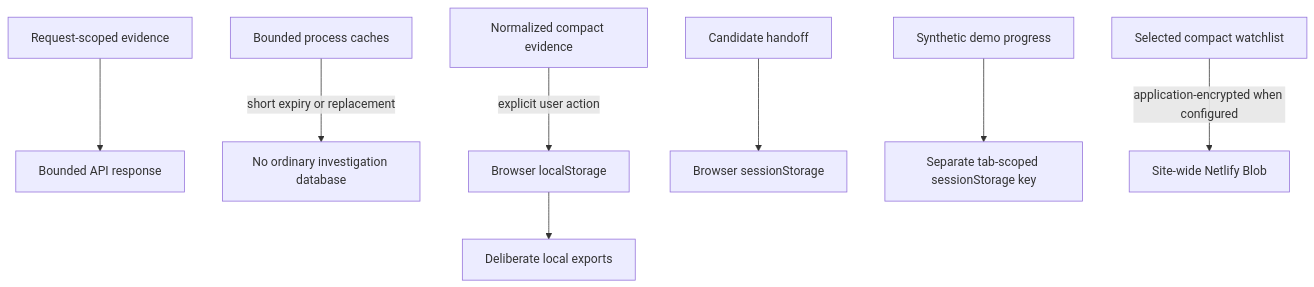
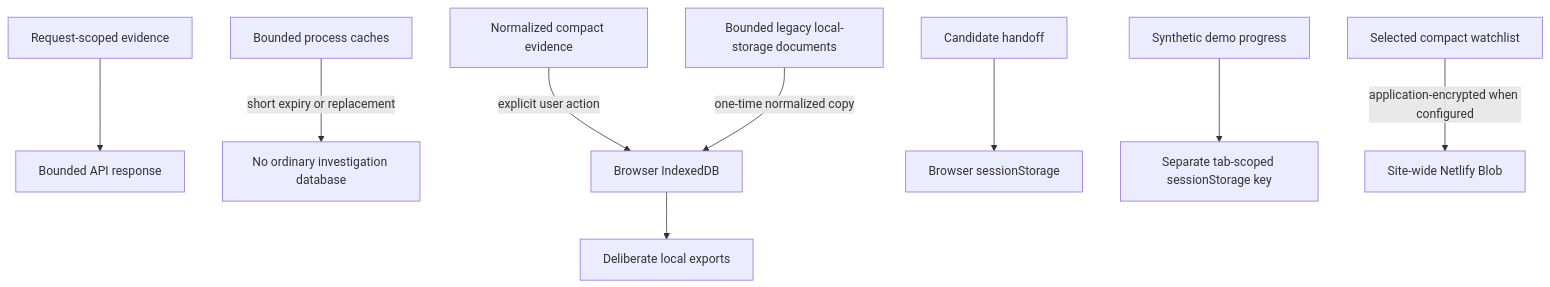
Before and after one commit to slicedearth/whoisleuth: the third of 3 diagrams in docs/architecture.md, drawn with Mermaid. The commit also changed other lines of this file and 52 other files, not shown here.

````diff
--- a/docs/architecture.md
+++ b/docs/architecture.md
@@ -130,10 +130,11 @@
 ```mermaid
 flowchart TB
   transient["Request-scoped evidence"] --> response["Bounded API response"]
   upstreamCache["Bounded process caches"] -->|"short expiry or replacement"| expiry["No ordinary investigation database"]
-  compact["Normalized compact evidence"] -->|"explicit user action"| stores["Browser localStorage"]
+  compact["Normalized compact evidence"] -->|"explicit user action"| stores["Browser IndexedDB"]
+  legacy["Bounded legacy local-storage documents"] -->|"one-time normalized copy"| stores
   handoff["Candidate handoff"] --> session["Browser sessionStorage"]
   demo["Synthetic demo progress"] --> demoStore["Separate tab-scoped sessionStorage key"]
   stores --> export["Deliberate local exports"]
   scheduled["Selected compact watchlist"] -->|"application-encrypted when configured"| blob["Site-wide Netlify Blob"]
 ```
````
